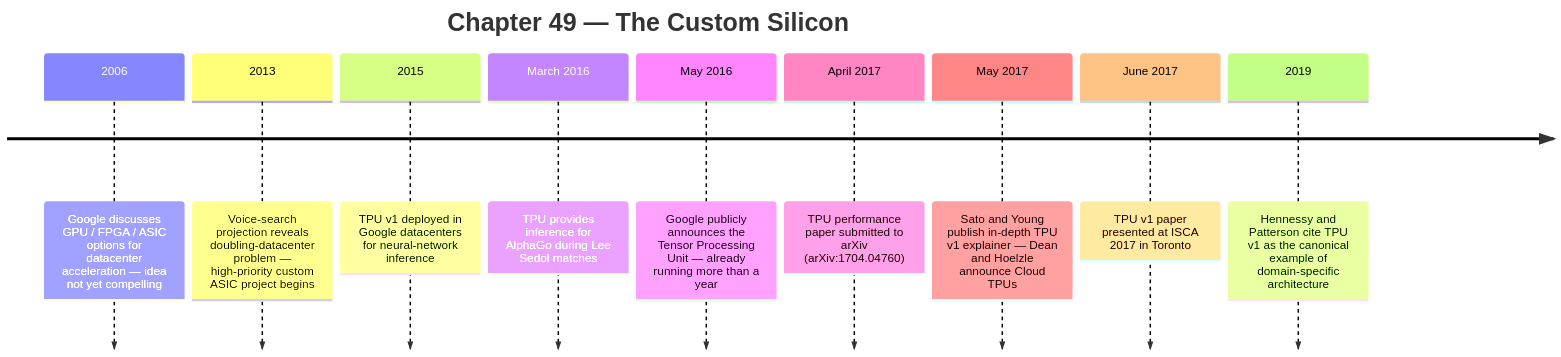
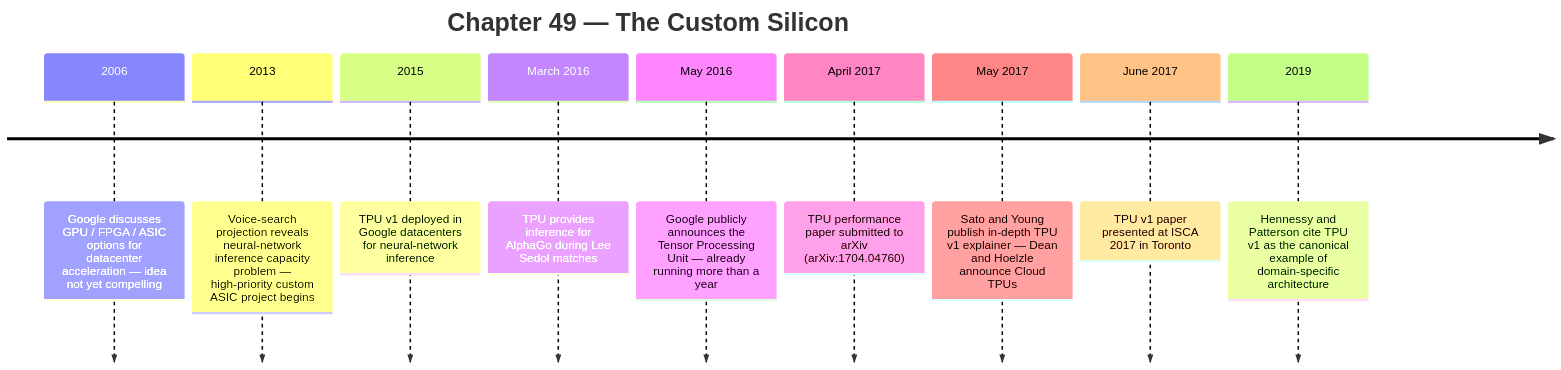
Before and after one commit to kube-dojo/kube-dojo: the first of 2 diagrams in src/content/docs/ai-history/ch-49-the-custom-silicon.md, drawn with Mermaid. The commit also changed other lines of this file and 2 other files, not shown here.

````diff
--- a/src/content/docs/ai-history/ch-49-the-custom-silicon.md
+++ b/src/content/docs/ai-history/ch-49-the-custom-silicon.md
@@ -29,13 +29,13 @@
 ```mermaid
 timeline
     title Chapter 49 — The Custom Silicon
     2006 : Google discusses GPU / FPGA / ASIC options for datacenter acceleration — idea not yet compelling
-    2013 : Voice-search projection reveals doubling-datacenter problem — high-priority custom ASIC project begins
+    2013 : Voice-search projection reveals neural-network inference capacity problem — high-priority custom ASIC project begins
     2015 : TPU v1 deployed in Google datacenters for neural-network inference
     March 2016 : TPU provides inference for AlphaGo during Lee Sedol matches
     May 2016 : Google publicly announces the Tensor Processing Unit — already running more than a year
     April 2017 : TPU performance paper submitted to arXiv (arXiv:1704.04760)
     May 2017 : Sato and Young publish in-depth TPU v1 explainer — Dean and Hoelzle announce Cloud TPUs
     June 2017 : TPU v1 paper presented at ISCA 2017 in Toronto
     2019 : Hennessy and Patterson cite TPU v1 as the canonical example of domain-specific architecture
 ```
````
